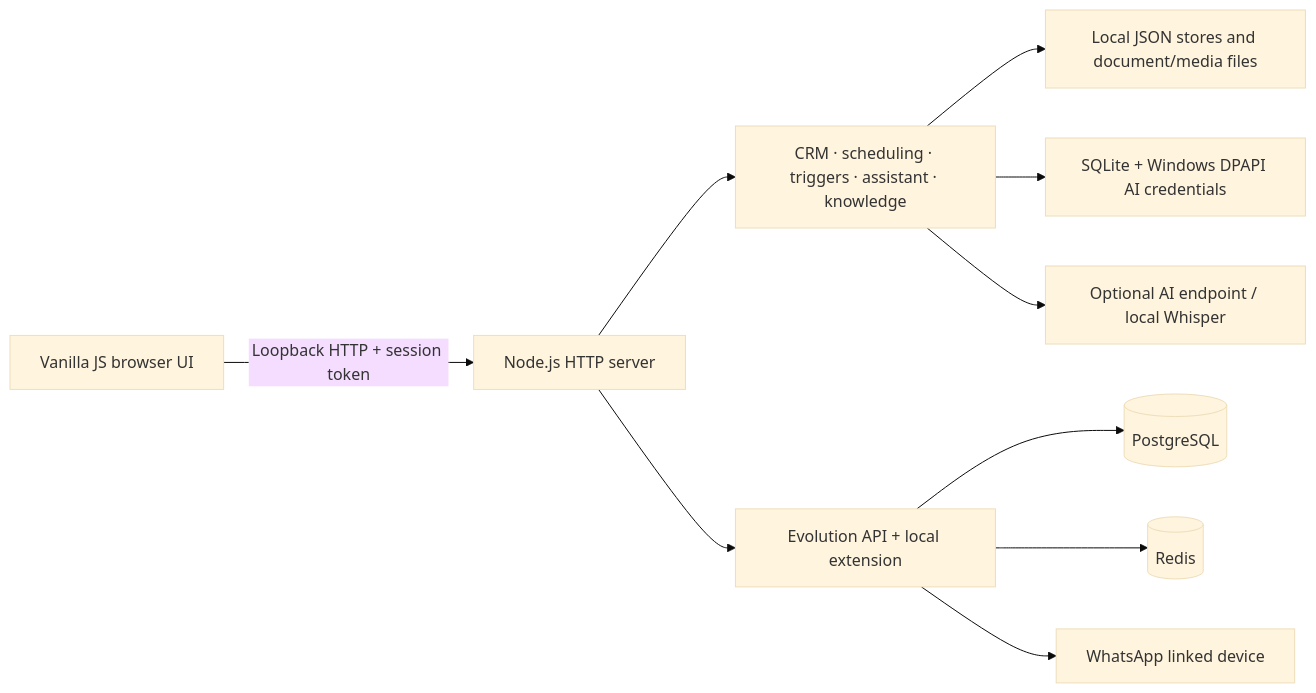
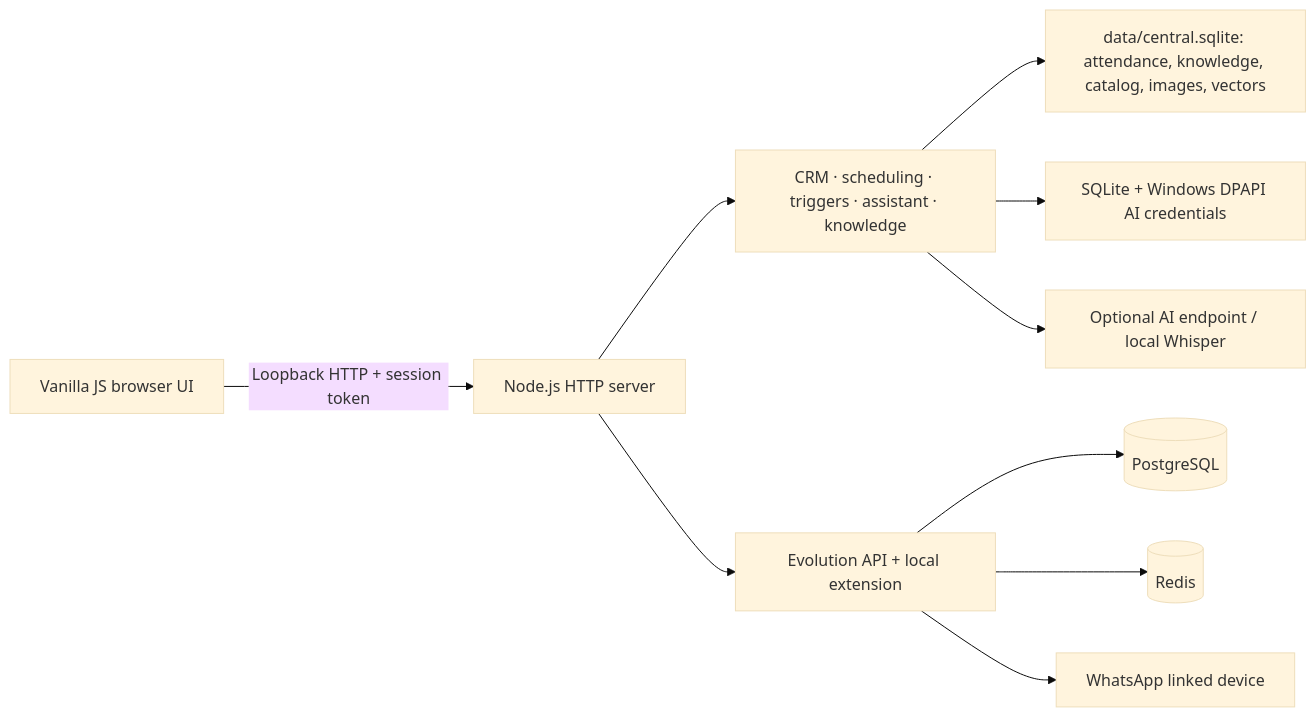
Before and after one commit to helberjf/whatsapp-ai-local: the diagram in README.md, drawn with Mermaid (base theme). The commit also changed other lines of this file and 8 other files, not shown here.

First line of the commit message:
feat: todos os dados da central em um único SQLite

````diff
--- a/README.md
+++ b/README.md
@@ -165,12 +165,12 @@
 ```mermaid
 flowchart LR
     Browser[Vanilla JS browser UI] -->|Loopback HTTP + session token| Node[Node.js HTTP server]
     Node --> Services[CRM · scheduling · triggers · assistant · knowledge]
-    Services --> Files[Local JSON stores and document/media files]
+    Services --> Files[data/central.sqlite: attendance, knowledge, catalog, images, vectors]
     Services --> Vault[SQLite + Windows DPAPI AI credentials]
     Node --> Evolution[Evolution API + local extension]
     Evolution --> PostgreSQL[(PostgreSQL)]
     Evolution --> Redis[(Redis)]
     Evolution --> WhatsApp[WhatsApp linked device]
     Services --> Optional[Optional AI endpoint / local Whisper]
 ```
````
